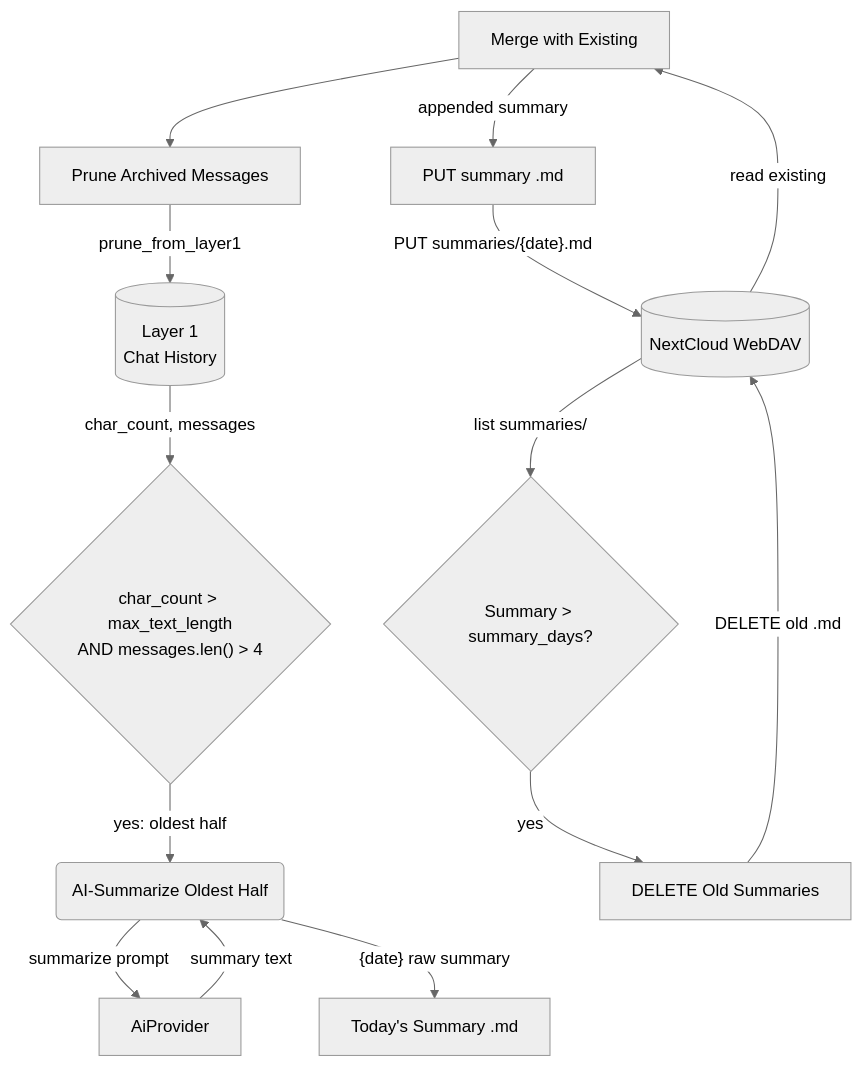
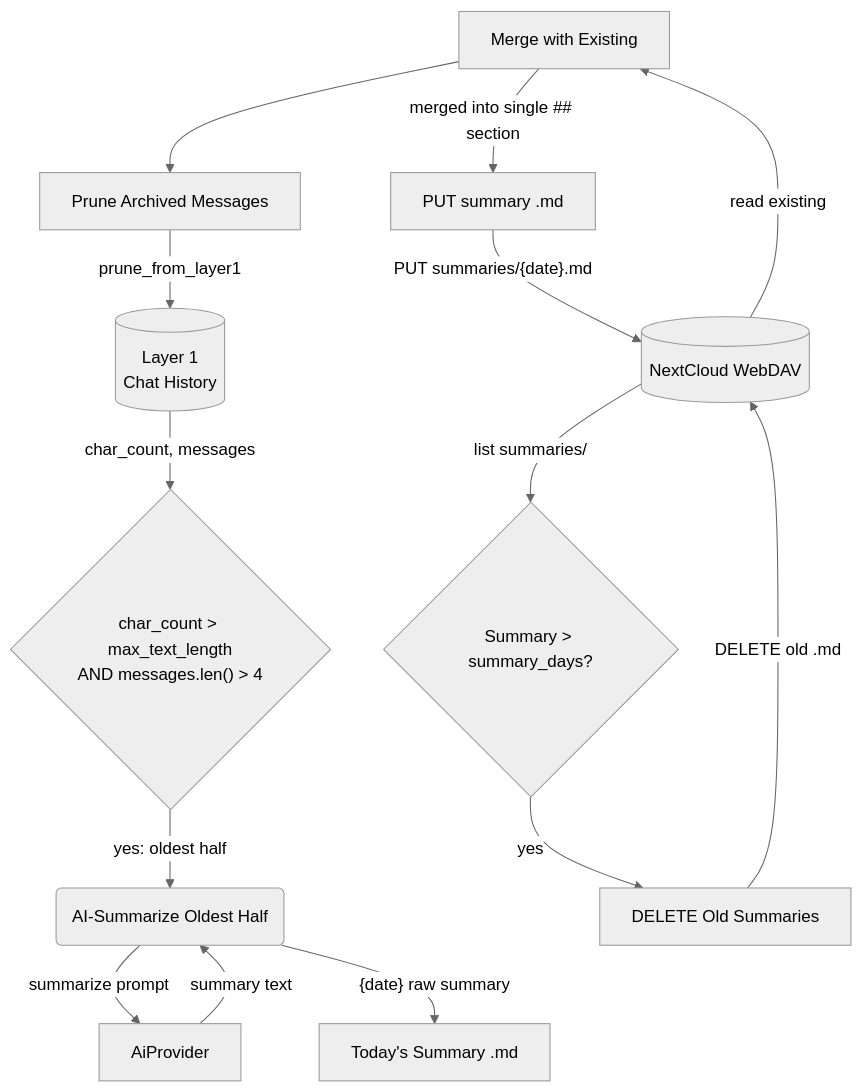
One commit to cosmoswafer/rockbot changed the second of 7 diagrams in _dfds/base/memory.md. Above: the diagram before and after it, drawn with Mermaid (neutral theme). The commit also changed other lines of this file and 4 other files, not shown here.

````diff
--- a/_dfds/base/memory.md
+++ b/_dfds/base/memory.md
@@ -88,28 +88,28 @@
 ```mermaid
 flowchart TD
     L1[(Layer 1<br/>Chat History)]
     CHECK{"char_count > max_text_length<br/>AND messages.len() > 4"}
     AI[AiProvider]
     SUMMARIZE(AI-Summarize Oldest Half)
     TODAY[Today's Summary .md]
     MERGE[Merge with Existing]
     WRITE[PUT summary .md]
     WEBDAV[(NextCloud WebDAV)]
     AGE{Summary > summary_days?}
     DELETE[DELETE Old Summaries]
     PRUNE[Prune Archived Messages]
 
     L1 -->|"char_count, messages"| CHECK
     CHECK -->|"yes: oldest half"| SUMMARIZE
     SUMMARIZE -->|"summarize prompt"| AI
     AI -->|"summary text"| SUMMARIZE
     SUMMARIZE -->|"{date} raw summary"| TODAY
     WEBDAV -->|"read existing"| MERGE
-    MERGE -->|"appended summary"| WRITE
+    MERGE -->|"merged into single ## section"| WRITE
     WRITE -->|"PUT summaries/{date}.md"| WEBDAV
     MERGE --> PRUNE
     PRUNE -->|"prune_from_layer1"| L1
     WEBDAV -->|"list summaries/"| AGE
     AGE -->|"yes"| DELETE
     DELETE -->|"DELETE old .md"| WEBDAV
 ```
````
